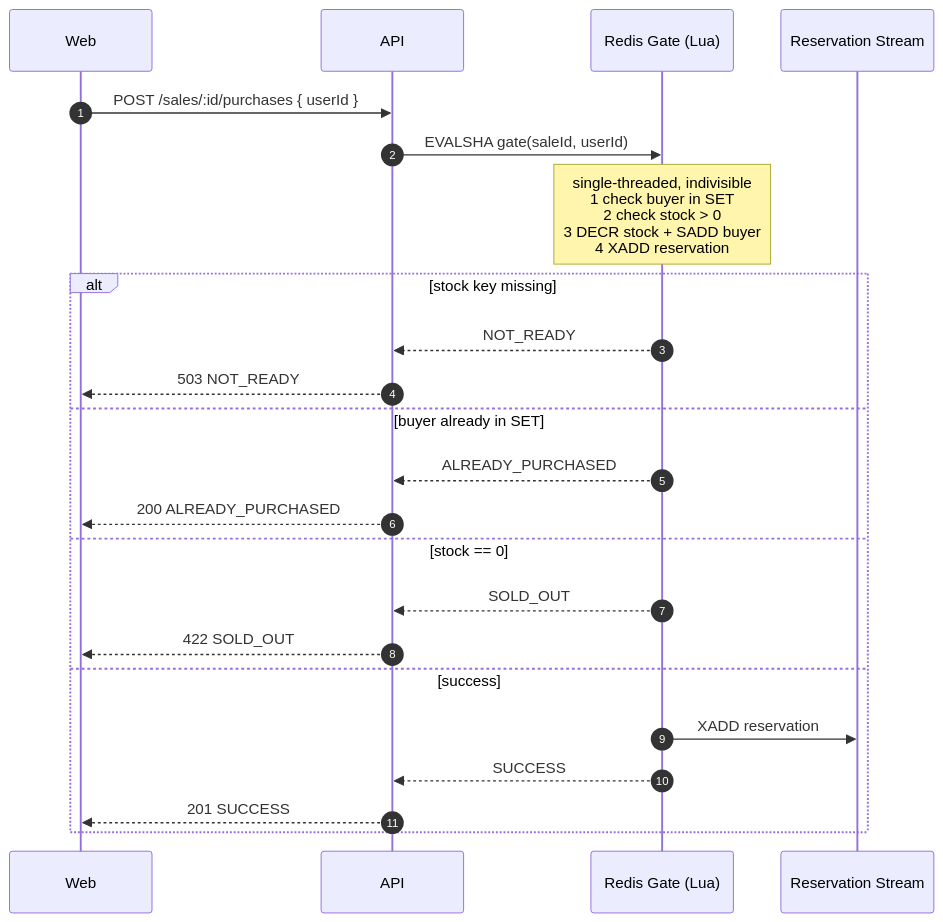
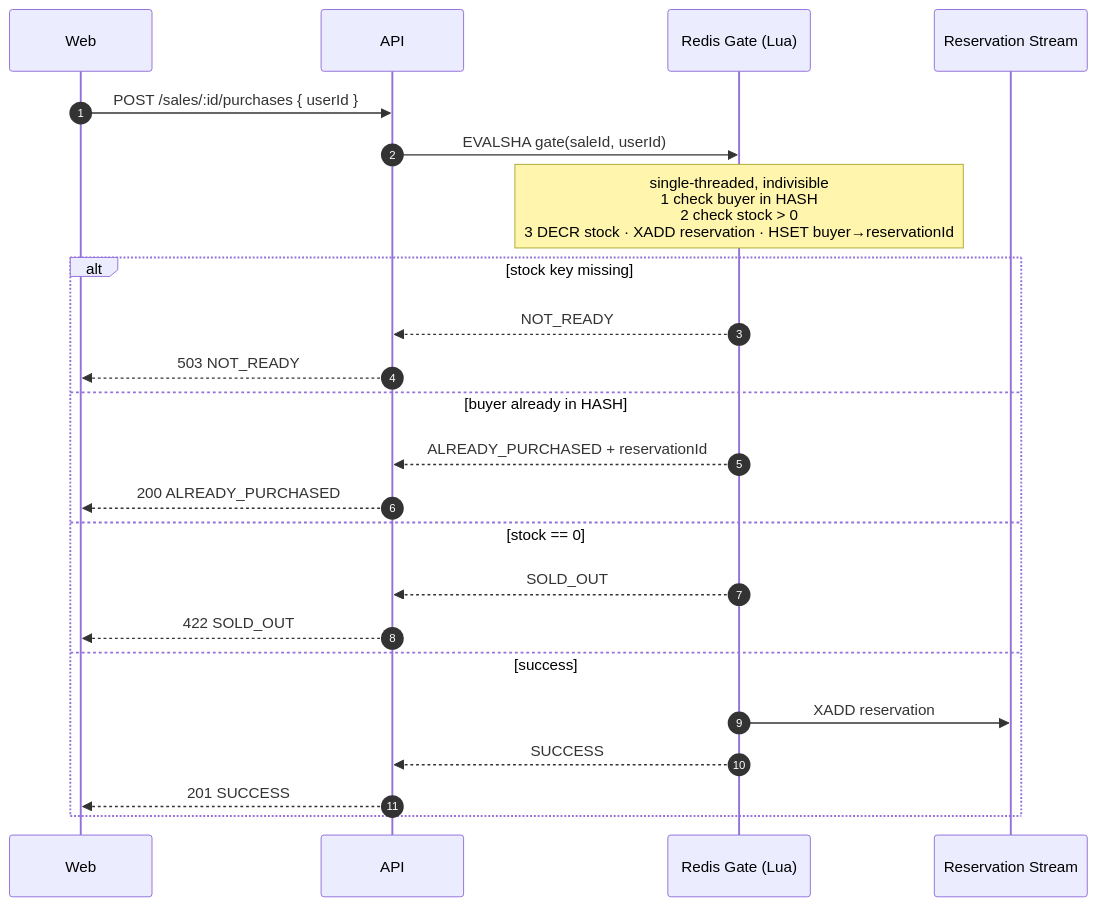
Before and after one commit to jayaregalinada/rush-sale-monorepo: the second of 4 diagrams in README.md, drawn with Mermaid. The commit also changed other lines of this file and 1 other file, not shown here.

First line of the commit message:
docs: refresh architecture diagram to match current design

````diff
--- a/README.md
+++ b/README.md
@@ -52,26 +53,26 @@
 ```mermaid
 sequenceDiagram
     autonumber
     participant W as Web
     participant A as API
     participant G as Redis Gate (Lua)
     participant S as Reservation Stream
 
     W->>A: POST /sales/:id/purchases { userId }
     A->>G: EVALSHA gate(saleId, userId)
-    Note over G: single-threaded, indivisible<br/>1 check buyer in SET<br/>2 check stock > 0<br/>3 DECR stock + SADD buyer<br/>4 XADD reservation
+    Note over G: single-threaded, indivisible<br/>1 check buyer in HASH<br/>2 check stock > 0<br/>3 DECR stock · XADD reservation · HSET buyer→reservationId
     alt stock key missing
         G-->>A: NOT_READY
         A-->>W: 503 NOT_READY
-    else buyer already in SET
-        G-->>A: ALREADY_PURCHASED
+    else buyer already in HASH
+        G-->>A: ALREADY_PURCHASED + reservationId
         A-->>W: 200 ALREADY_PURCHASED
     else stock == 0
         G-->>A: SOLD_OUT
         A-->>W: 422 SOLD_OUT
     else success
         G->>S: XADD reservation
         G-->>A: SUCCESS
         A-->>W: 201 SUCCESS
     end
 ```
````
